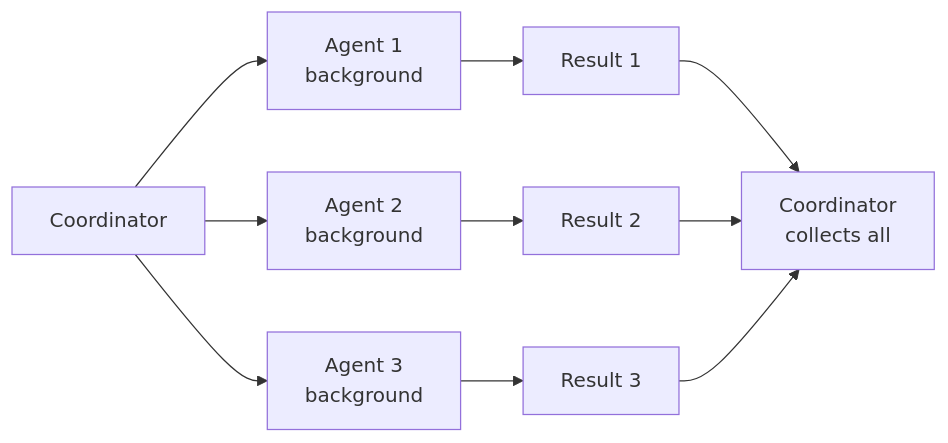
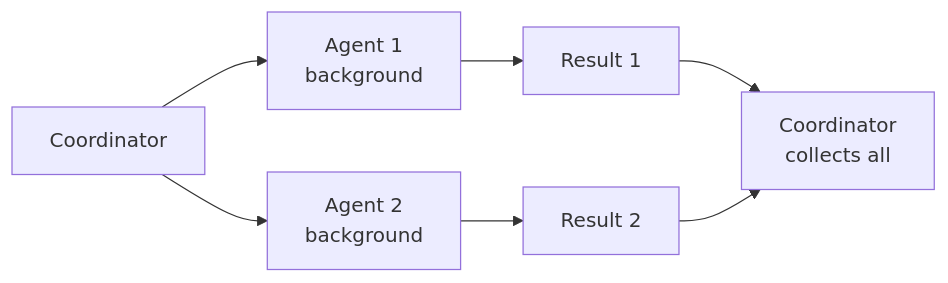
One commit to bradygaster/squad changed the second of 3 diagrams in docs/src/content/docs/concepts/parallel-work.md. Above: the diagram before and after it, drawn with Mermaid. The commit also changed other lines of this file and 81 other files, not shown here.

````diff
--- a/docs/src/content/docs/concepts/parallel-work.md
+++ b/docs/src/content/docs/concepts/parallel-work.md
@@ -65,12 +61,9 @@
 ```mermaid
 graph LR
     A["Coordinator"] --> B["Agent 1<br/>background"]
     A --> C["Agent 2<br/>background"]
-    A --> D["Agent 3<br/>background"]
     B --> E["Result 1"]
     C --> F["Result 2"]
-    D --> G["Result 3"]
     E --> H["Coordinator<br/>collects all"]
     F --> H
-    G --> H
 ```
````
